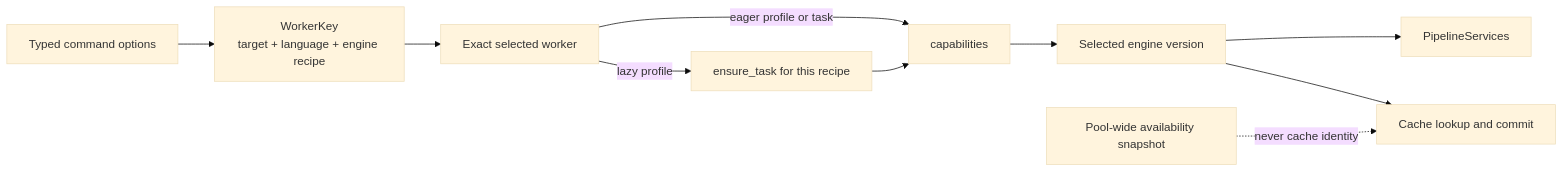
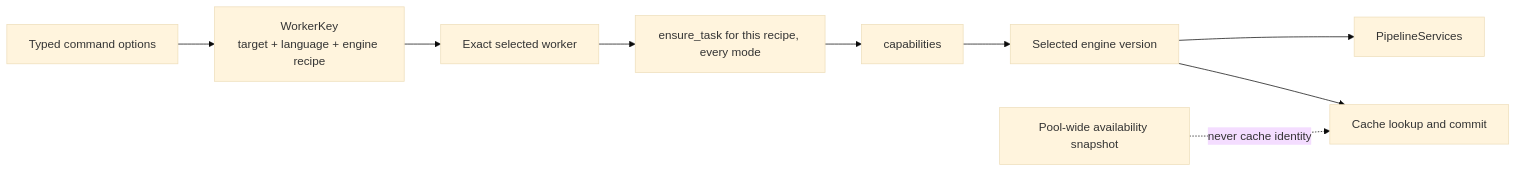
One commit to FranklinChen/talkbank-tools changed the second of 7 diagrams in book/src/batchalign/architecture/observability.md. Above: the diagram before and after it, drawn with Mermaid (base theme). The commit also changed other lines of this file and 523 other files, not shown here.

````diff
--- a/book/src/batchalign/architecture/observability.md
+++ b/book/src/batchalign/architecture/observability.md
@@ -97,12 +97,11 @@
 ```mermaid
 flowchart LR
     J[Typed command options] --> K[WorkerKey<br/>target + language + engine recipe]
     K --> W[Exact selected worker]
-    W -->|lazy profile| L[ensure_task for this recipe]
-    W -->|eager profile or task| C[capabilities]
-    L --> C
+    W --> L[ensure_task for this recipe, every mode]
+    L --> C[capabilities]
     C --> I[Selected engine version]
     I --> R[PipelineServices]
     I --> H[Cache lookup and commit]
     P[Pool-wide availability snapshot] -.->|never cache identity| H
 ```
````
